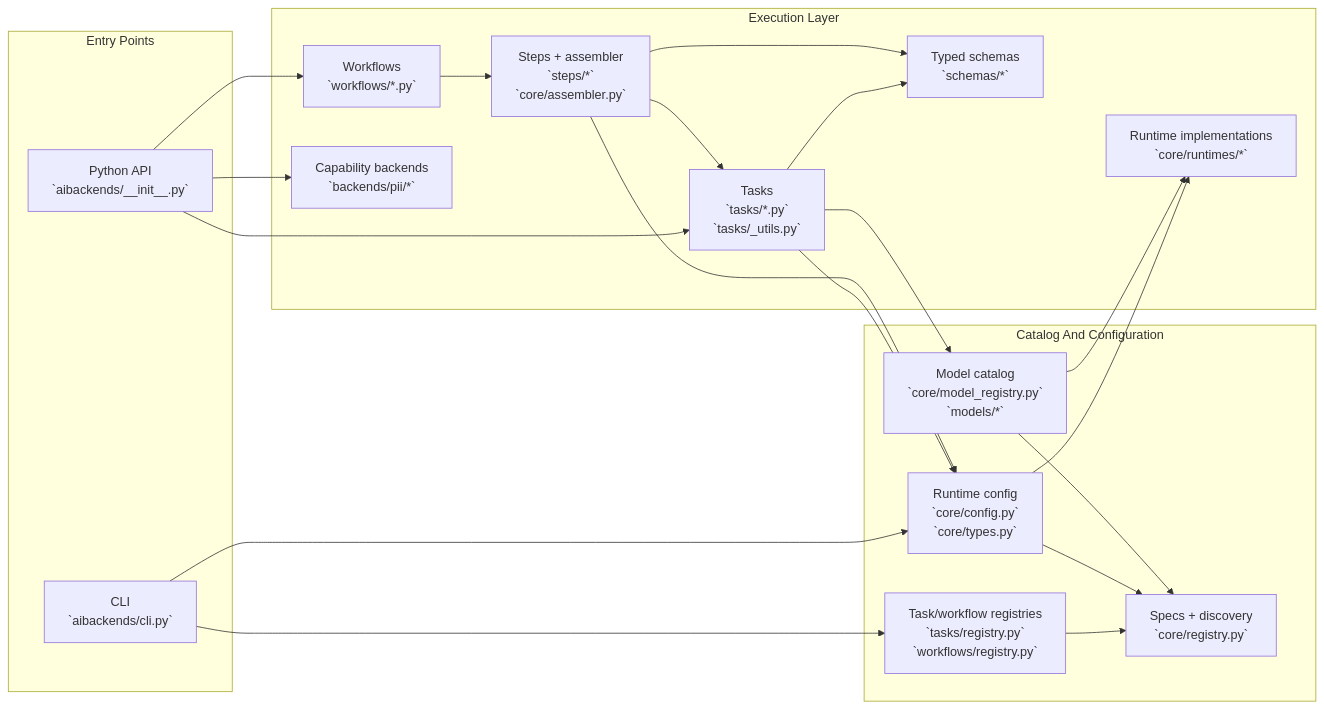
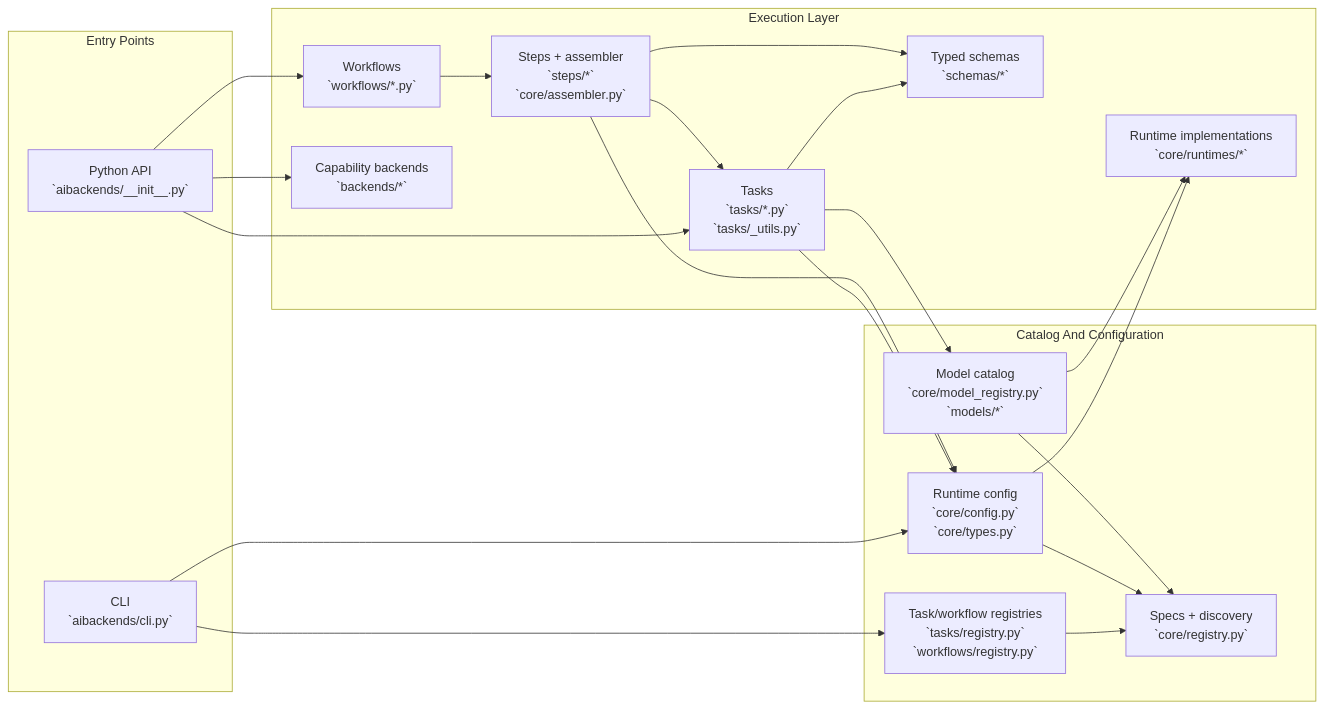
The diagram in docs/architecture.md (donvito/aibackends), drawn with Mermaid before and after one commit. The commit also changed other lines of this file and 27 other files, not shown here.

````diff
--- a/docs/architecture.md
+++ b/docs/architecture.md
@@ -23,41 +23,41 @@
 ```mermaid
 flowchart LR
   subgraph Entry["Entry Points"]
     API["Python API<br/>`aibackends/__init__.py`"]
     CLI["CLI<br/>`aibackends/cli.py`"]
   end
 
   subgraph Catalog["Catalog And Configuration"]
     Specs["Specs + discovery<br/>`core/registry.py`"]
     Config["Runtime config<br/>`core/config.py`<br/>`core/types.py`"]
     TaskWorkflow["Task/workflow registries<br/>`tasks/registry.py`<br/>`workflows/registry.py`"]
     Models["Model catalog<br/>`core/model_registry.py`<br/>`models/*`"]
   end
 
   subgraph Execution["Execution Layer"]
     Tasks["Tasks<br/>`tasks/*.py`<br/>`tasks/_utils.py`"]
     Workflows["Workflows<br/>`workflows/*.py`"]
     Steps["Steps + assembler<br/>`steps/*`<br/>`core/assembler.py`"]
     Runtimes["Runtime implementations<br/>`core/runtimes/*`"]
     Schemas["Typed schemas<br/>`schemas/*`"]
-    Backends["Capability backends<br/>`backends/pii/*`"]
+    Backends["Capability backends<br/>`backends/*`"]
   end
 
   API --> Tasks
   API --> Workflows
   API --> Backends
   CLI --> TaskWorkflow
   CLI --> Config
   TaskWorkflow --> Specs
   Tasks --> Config
   Tasks --> Models
   Tasks --> Schemas
   Workflows --> Steps
   Steps --> Tasks
   Steps --> Config
   Steps --> Schemas
   Config --> Specs
   Config --> Runtimes
   Models --> Specs
   Models --> Runtimes
 ```
````
